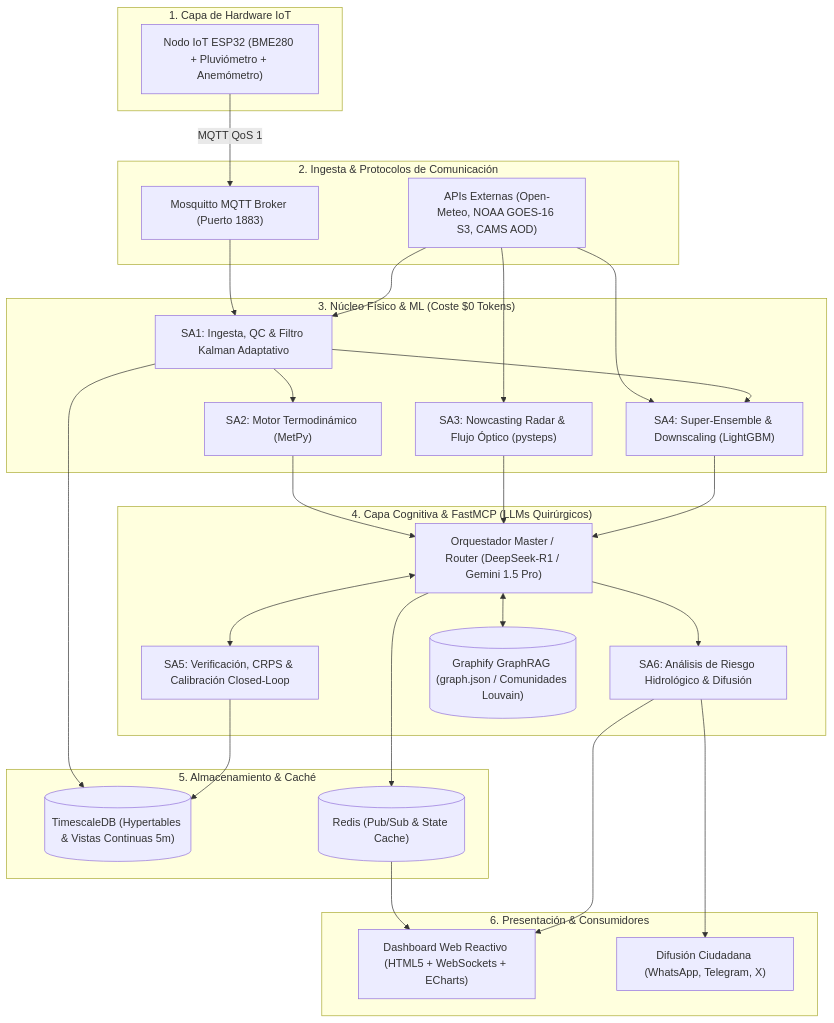
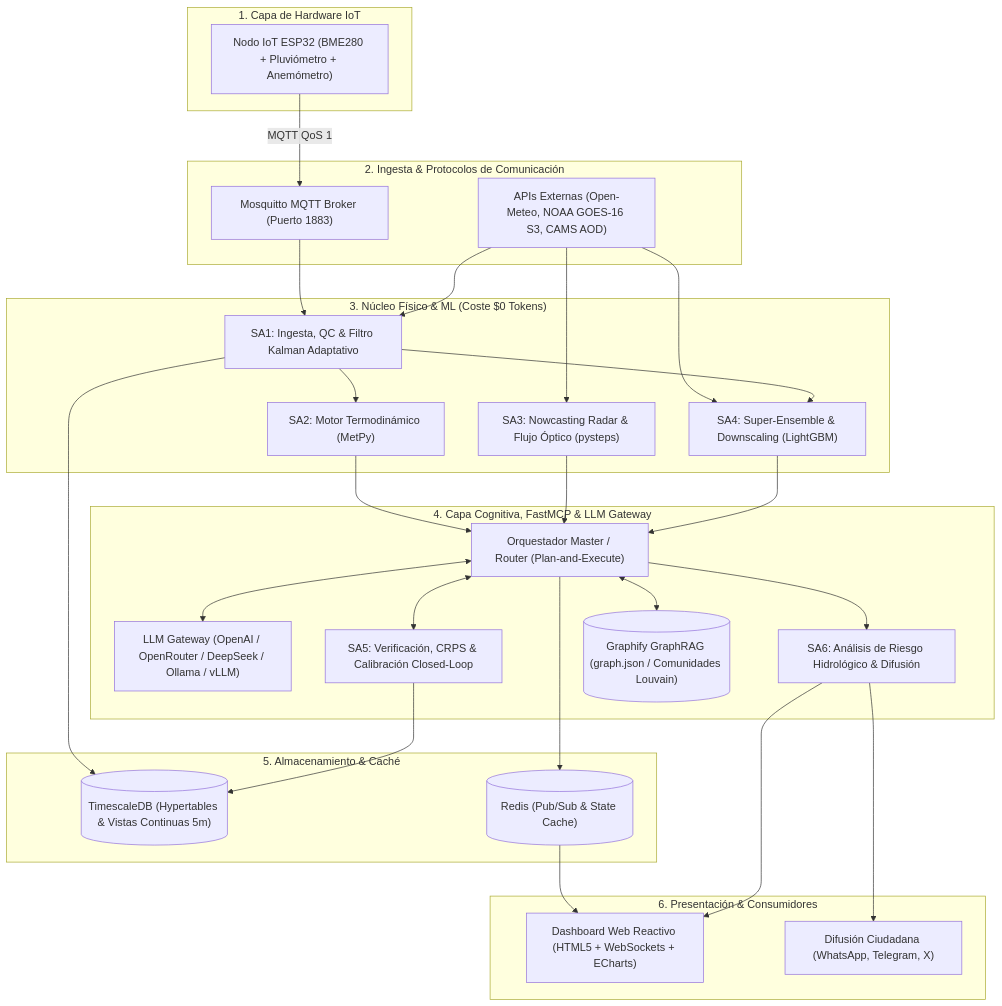
One commit to ivekmartinez7/estacionmeteorologica changed the diagram in SDD.md. Above: the diagram before and after it, drawn with Mermaid. The commit also changed other lines of this file and 7 other files, not shown here.

Commit message:
feat: make LLM gateway provider-agnostic with custom API key, token plan, and local model support

````diff
--- a/SDD.md
+++ b/SDD.md
@@ -46,58 +48,60 @@
 ```mermaid
 flowchart TD
     subgraph HARDWARE["1. Capa de Hardware IoT"]
         ESP["Nodo IoT ESP32 (BME280 + Pluviómetro + Anemómetro)"]
     end
 
     subgraph INGESTA["2. Ingesta & Protocolos de Comunicación"]
         MQTT_BROKER["Mosquitto MQTT Broker (Puerto 1883)"]
         APIS_EXT["APIs Externas (Open-Meteo, NOAA GOES-16 S3, CAMS AOD)"]
     end
 
     subgraph PROCESAMIENTO["3. Núcleo Físico & ML (Coste $0 Tokens)"]
         SA1["SA1: Ingesta, QC & Filtro Kalman Adaptativo"]
         SA2["SA2: Motor Termodinámico (MetPy)"]
         SA3["SA3: Nowcasting Radar & Flujo Óptico (pysteps)"]
         SA4["SA4: Super-Ensemble & Downscaling (LightGBM)"]
     end
 
-    subgraph COGNITIVO["4. Capa Cognitiva & FastMCP (LLMs Quirúrgicos)"]
-        ORQ["Orquestador Master / Router (DeepSeek-R1 / Gemini 1.5 Pro)"]
+    subgraph COGNITIVO["4. Capa Cognitiva, FastMCP & LLM Gateway"]
+        ORQ["Orquestador Master / Router (Plan-and-Execute)"]
+        LLM_GW["LLM Gateway (OpenAI / OpenRouter / DeepSeek / Ollama / vLLM)"]
         SA5["SA5: Verificación, CRPS & Calibración Closed-Loop"]
         SA6["SA6: Análisis de Riesgo Hidrológico & Difusión"]
         KG[("Graphify GraphRAG (graph.json / Comunidades Louvain)")]
     end
 
     subgraph PERSISTENCIA["5. Almacenamiento & Caché"]
         TSDB[("TimescaleDB (Hypertables & Vistas Continuas 5m)")]
         REDIS[("Redis (Pub/Sub & State Cache)")]
     end
 
     subgraph PRESENTACION["6. Presentación & Consumidores"]
         DASH["Dashboard Web Reactivo (HTML5 + WebSockets + ECharts)"]
         ALERT_CHANNELS["Difusión Ciudadana (WhatsApp, Telegram, X)"]
     end
 
     ESP -->|MQTT QoS 1| MQTT_BROKER
     MQTT_BROKER --> SA1
     APIS_EXT --> SA1
     APIS_EXT --> SA3
     APIS_EXT --> SA4
 
     SA1 --> SA2
     SA1 --> SA4
     SA2 --> ORQ
     SA3 --> ORQ
     SA4 --> ORQ
 
+    ORQ <--> LLM_GW
     ORQ <--> KG
     ORQ <--> SA5
     ORQ --> SA6
 
     SA1 --> TSDB
     SA5 --> TSDB
     ORQ --> REDIS
     REDIS --> DASH
     SA6 --> ALERT_CHANNELS
     SA6 --> DASH
 ```
````
